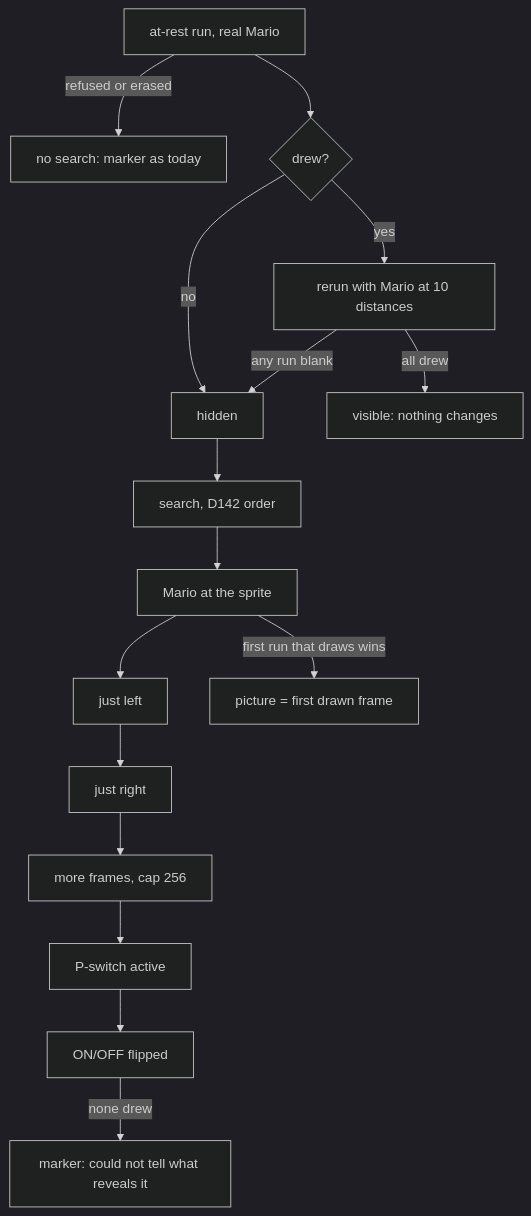
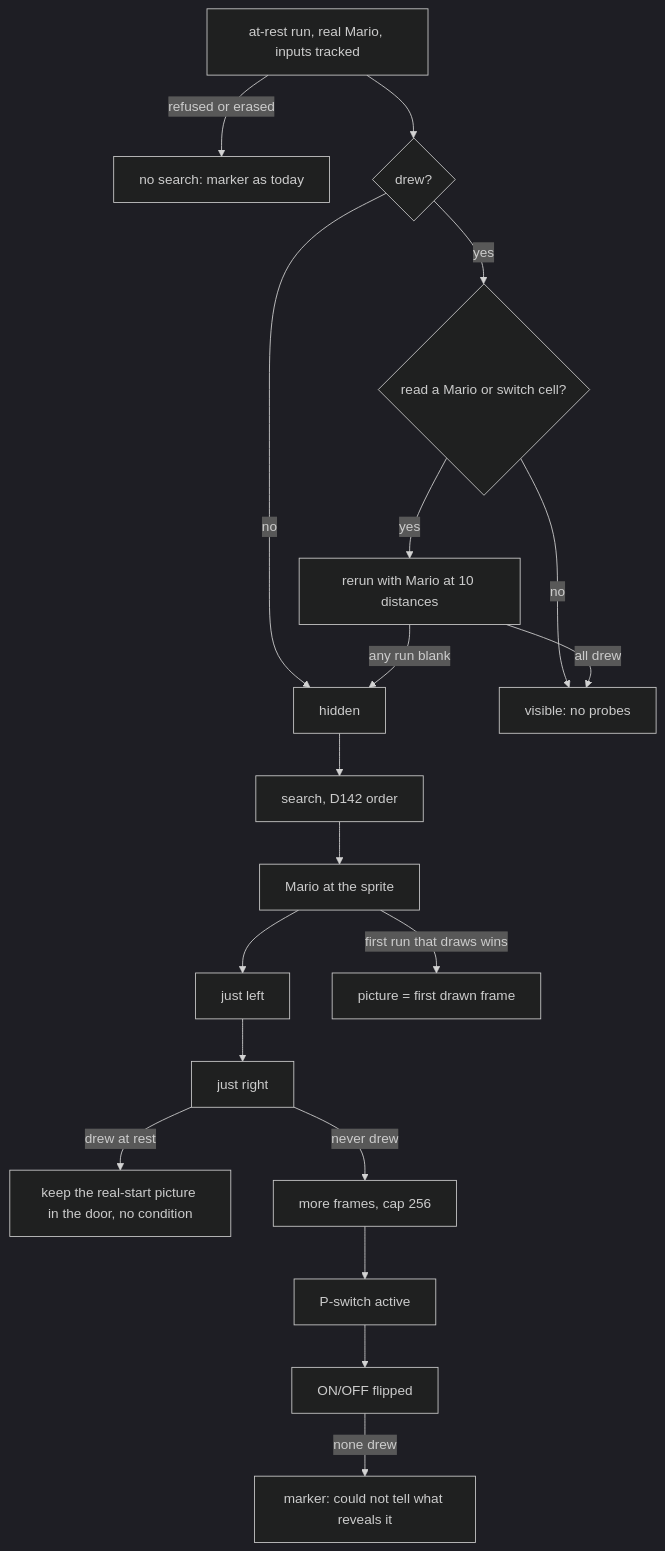
One commit to en-gen/hackbench changed the diagram in docs/rom/reveal-search.md. Above: the diagram before and after it, drawn with Mermaid (dark theme). The commit also changed other lines of this file and 12 other files, not shown here.

First line of the commit message:
Map view: whole-sprite door through the door map, probe shortcut, kept picture when nothing reveals (#1132)

````diff
--- a/docs/rom/reveal-search.md
+++ b/docs/rom/reveal-search.md
@@ -12,15 +12,19 @@
 ```mermaid
 flowchart TD
-  A[at-rest run, real Mario] -->|refused or erased| Z[no search: marker as today]
+  A[at-rest run, real Mario, inputs tracked] -->|refused or erased| Z[no search: marker as today]
   A --> B{drew?}
   B -->|no| H[hidden]
-  B -->|yes| C[rerun with Mario at 10 distances]
+  B -->|yes| K{read a Mario or switch cell?}
+  K -->|no| V[visible: no probes]
+  K -->|yes| C[rerun with Mario at 10 distances]
   C -->|any run blank| H
-  C -->|all drew| V[visible: nothing changes]
+  C -->|all drew| V
   H --> S[search, D142 order]
   S --> S1[Mario at the sprite]
-  S1 --> S2[just left] --> S3[just right] --> S4[more frames, cap 256]
+  S1 --> S2[just left] --> S3[just right]
+  S3 -->|drew at rest| N[keep the real-start picture in the door, no condition]
+  S3 -->|never drew| S4[more frames, cap 256]
   S4 --> S5[P-switch active] --> S6[ON/OFF flipped]
   S1 -->|first run that draws wins| P[picture = first drawn frame]
   S6 -->|none drew| M[marker: could not tell what reveals it]
 ```
````
